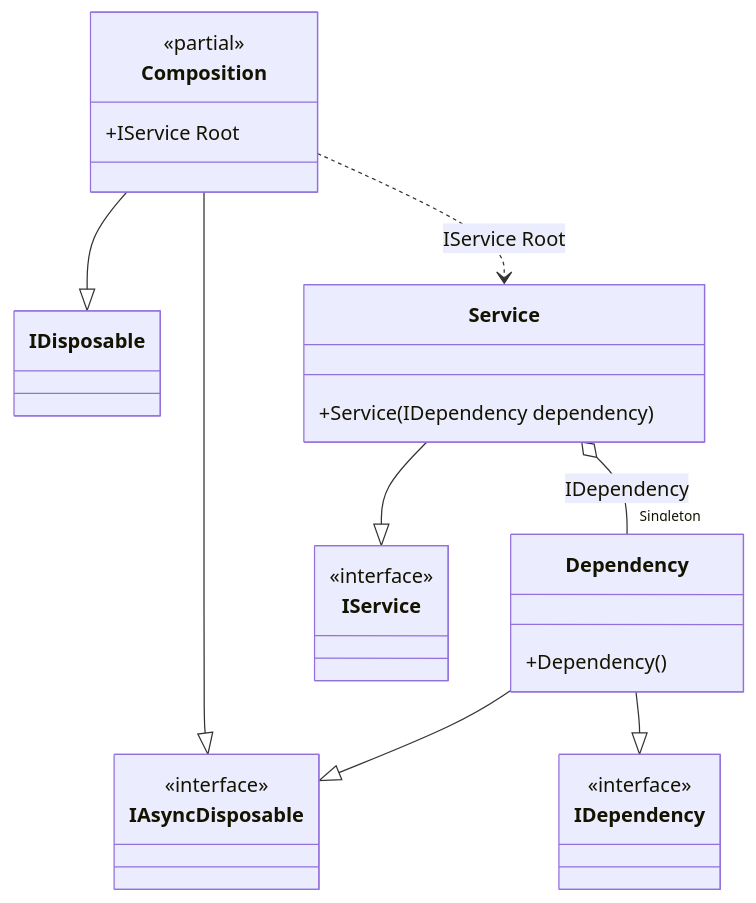
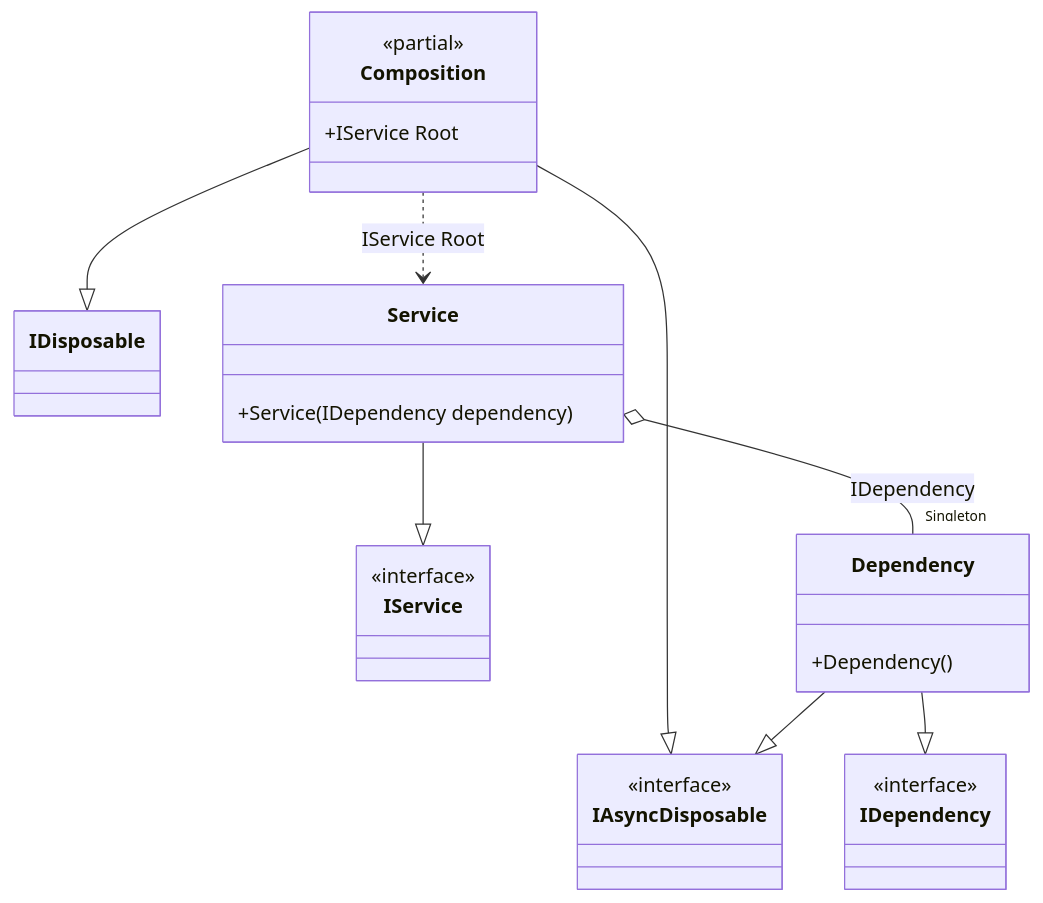
Before and after one commit to DevTeam/Pure.DI: the diagram in readme/async-disposable-singleton.md, drawn with Mermaid. The commit also changed other lines of this file and 92 other files, not shown here.

````diff
--- a/readme/async-disposable-singleton.md
+++ b/readme/async-disposable-singleton.md
@@ -174,29 +174,29 @@
 ```mermaid
 classDiagram
 	class Composition {
 		<<partial>>
 		+IService Root
 	}
 	Composition --|> IDisposable
 	Composition --|> IAsyncDisposable
+	Service --|> IService
+	class Service {
+		+Service(IDependency dependency)
+	}
 	Dependency --|> IDependency
 	Dependency --|> IAsyncDisposable
 	class Dependency {
 		+Dependency()
 	}
-	Service --|> IService
-	class Service {
-		+Service(IDependency dependency)
+	class IService {
+		<<interface>>
 	}
 	class IDependency {
 		<<interface>>
 	}
 	class IAsyncDisposable {
 		<<interface>>
 	}
-	class IService {
-		<<interface>>
-	}
 	Composition ..> Service : IService Root
 	Service o-- "Singleton" Dependency : IDependency
 ```
````
